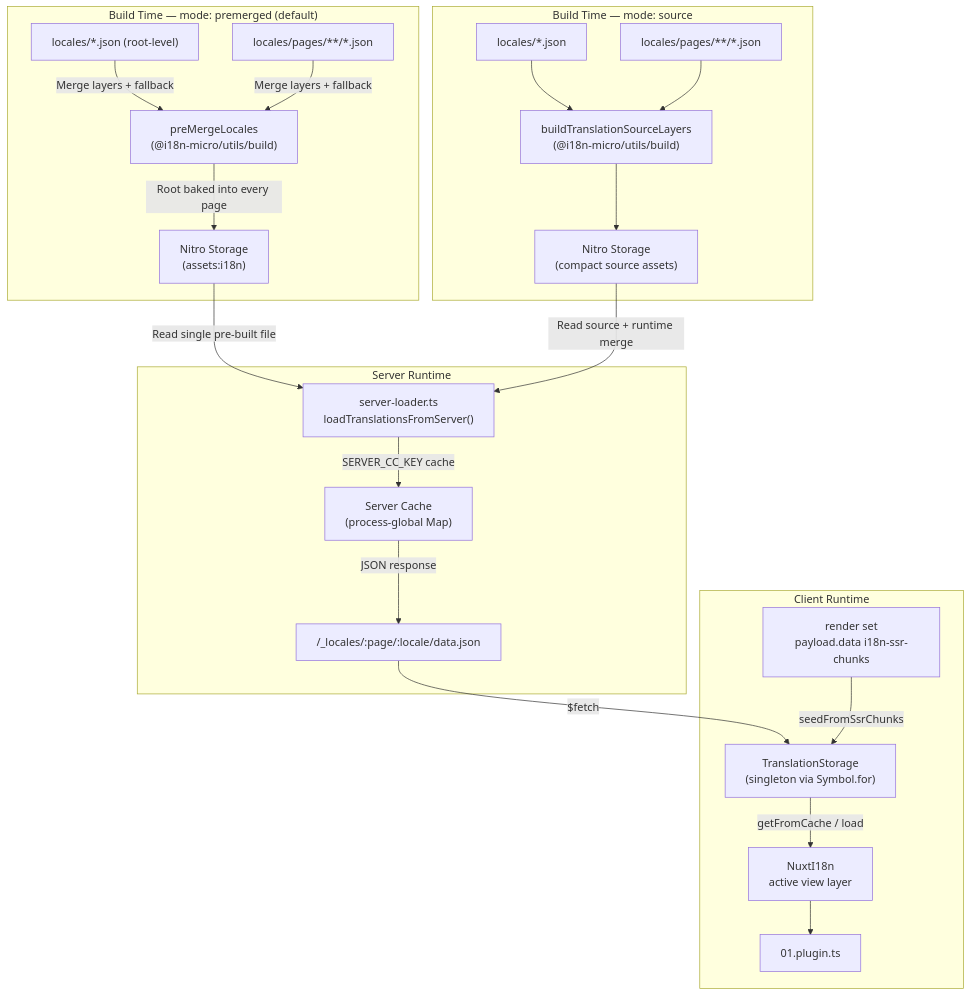
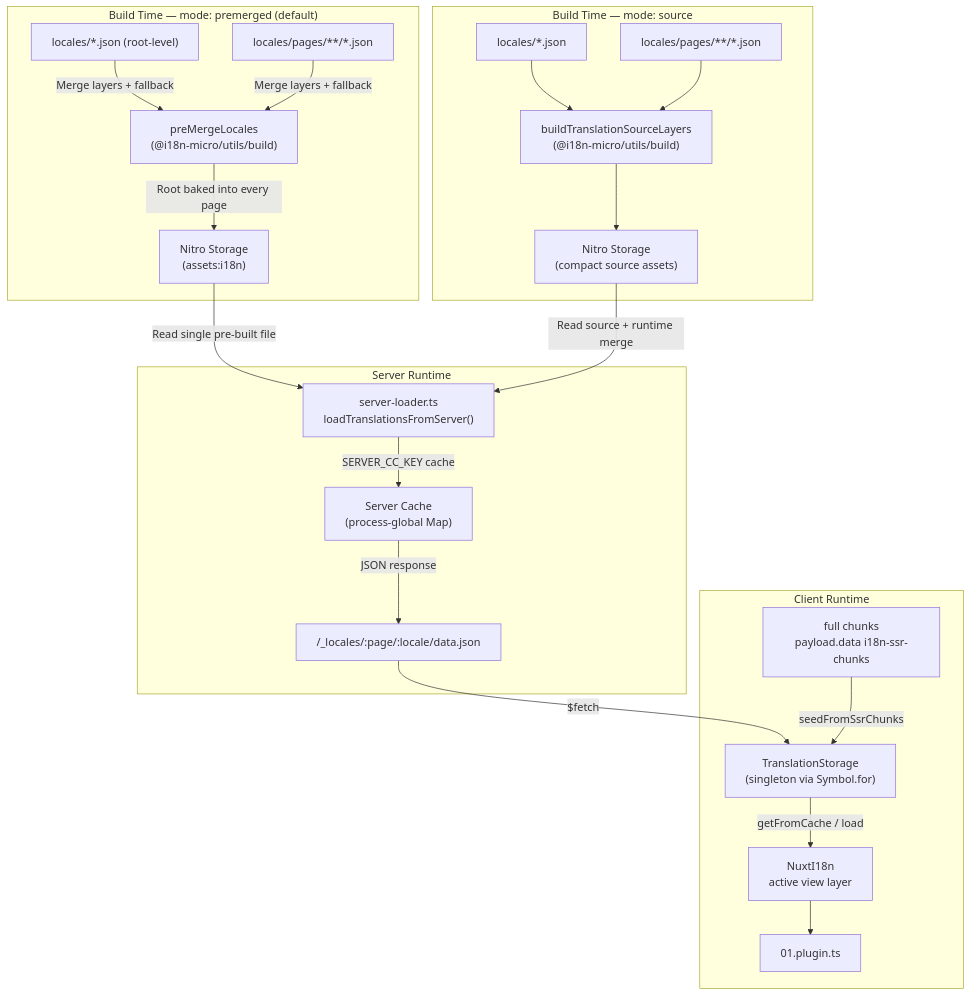
The diagram in docs/api/i18n-cache-api.md (s00d/nuxt-i18n-micro), drawn with Mermaid before and after one commit. The commit also changed other lines of this file and 18 other files, not shown here.

First line of the commit message:
fix: seed full SSR chunks and harden caching

````diff
--- a/docs/api/i18n-cache-api.md
+++ b/docs/api/i18n-cache-api.md
@@ -21,28 +21,28 @@
 ```mermaid
 flowchart TB
     subgraph BuildPremerged["Build Time — mode: premerged (default)"]
         F1["locales/*.json (root-level)"] -->|Merge layers + fallback| PM["preMergeLocales<br/>(@i18n-micro/utils/build)"]
         F2["locales/pages/**/*.json"] -->|Merge layers + fallback| PM
         PM -->|"Root baked into every page"| NS1["Nitro Storage<br/>(assets:i18n)"]
     end
 
     subgraph BuildSource["Build Time — mode: source"]
         SF1["locales/*.json"] --> SLayers["buildTranslationSourceLayers<br/>(@i18n-micro/utils/build)"]
         SF2["locales/pages/**/*.json"] --> SLayers
         SLayers --> NS2["Nitro Storage<br/>(compact source assets)"]
     end
 
     subgraph Server["Server Runtime"]
         NS1 -->|"Read single pre-built file"| SL["server-loader.ts<br/>loadTranslationsFromServer()"]
         NS2 -->|"Read source + runtime merge"| SL
         SL -->|SERVER_CC_KEY cache| SC["Server Cache<br/>(process-global Map)"]
         SC -->|JSON response| API["/_locales/:page/:locale/data.json"]
     end
 
     subgraph Client["Client Runtime"]
         API -->|$fetch| TS["TranslationStorage<br/>(singleton via Symbol.for)"]
-        SSR["render set<br/>payload.data i18n-ssr-chunks"] -->|seedFromSsrChunks| TS
+        SSR["full chunks<br/>payload.data i18n-ssr-chunks"] -->|seedFromSsrChunks| TS
         TS -->|getFromCache / load| NI["NuxtI18n<br/>active view layer"]
         NI --> PL["01.plugin.ts"]
     end
 ```
````
